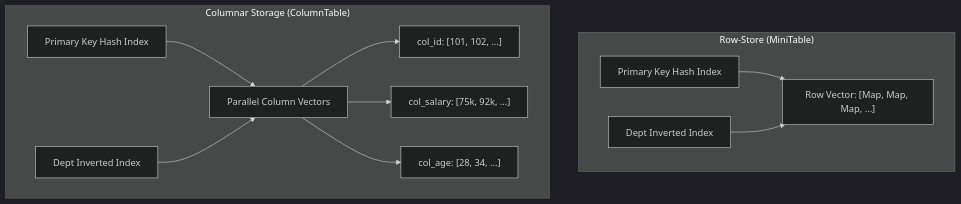
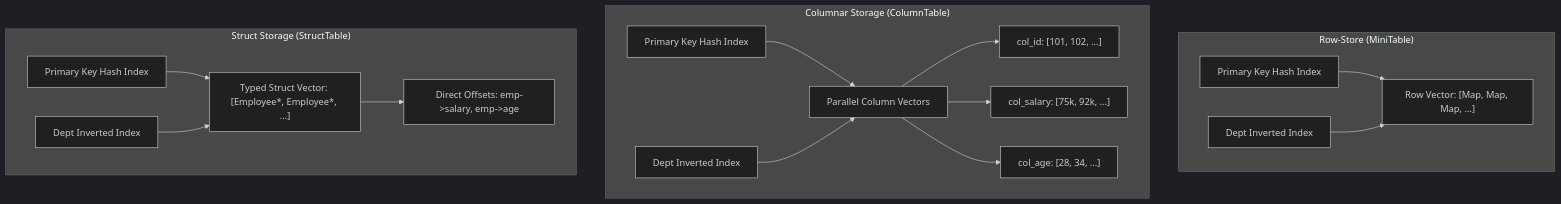
Before and after one commit to Ansh-code398/meme-lang: the diagram in apps/minisql/BENCHMARK_REPORT.md, drawn with Mermaid (dark theme). The commit also changed other lines of this file and 8 other files, not shown here.

Commit message:
feat(compiler): overhaul runtime list semantics, transparent map hashing, and typed struct lowering

````diff
--- a/apps/minisql/BENCHMARK_REPORT.md
+++ b/apps/minisql/BENCHMARK_REPORT.md
@@ -14,15 +15,21 @@
 ```mermaid
 graph TD
     subgraph RowStore["Row-Store (MiniTable)"]
         R_idx["Primary Key Hash Index"] --> R_rows["Row Vector: [Map, Map, Map, ...]"]
         R_inv["Dept Inverted Index"] --> R_rows
     end
 
     subgraph ColumnStore["Columnar Storage (ColumnTable)"]
         C_idx["Primary Key Hash Index"] --> C_cols["Parallel Column Vectors"]
         C_inv["Dept Inverted Index"] --> C_cols
         C_cols --> C_id["col_id: [101, 102, ...]"]
         C_cols --> C_sal["col_salary: [75k, 92k, ...]"]
         C_cols --> C_age["col_age: [28, 34, ...]"]
     end
+
+    subgraph StructStore["Struct Storage (StructTable)"]
+        S_idx["Primary Key Hash Index"] --> S_rows["Typed Struct Vector: [Employee*, Employee*, ...]"]
+        S_inv["Dept Inverted Index"] --> S_rows
+        S_rows --> S_fields["Direct Offsets: emp->salary, emp->age"]
+    end
 ```
````
